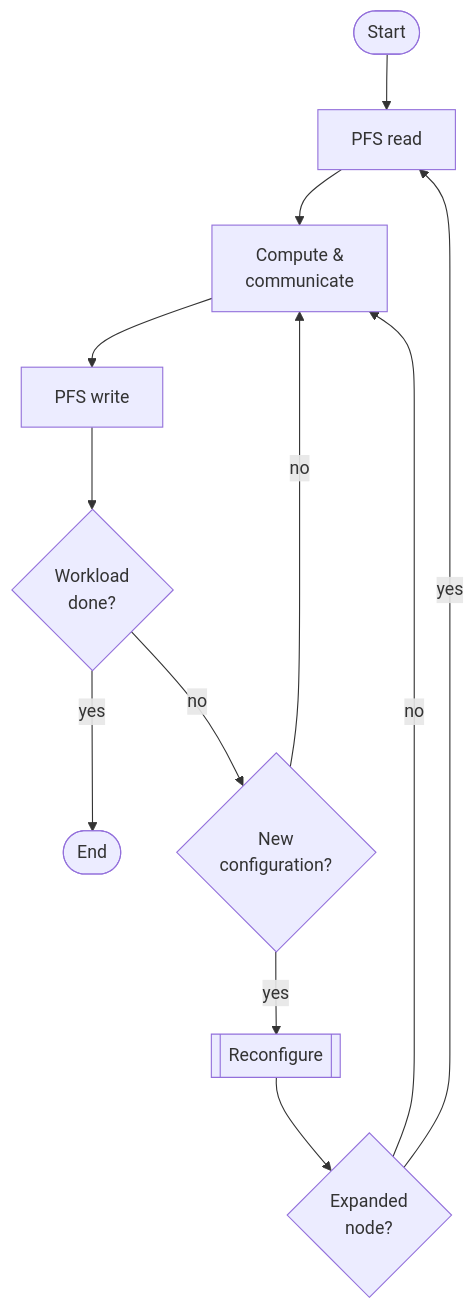
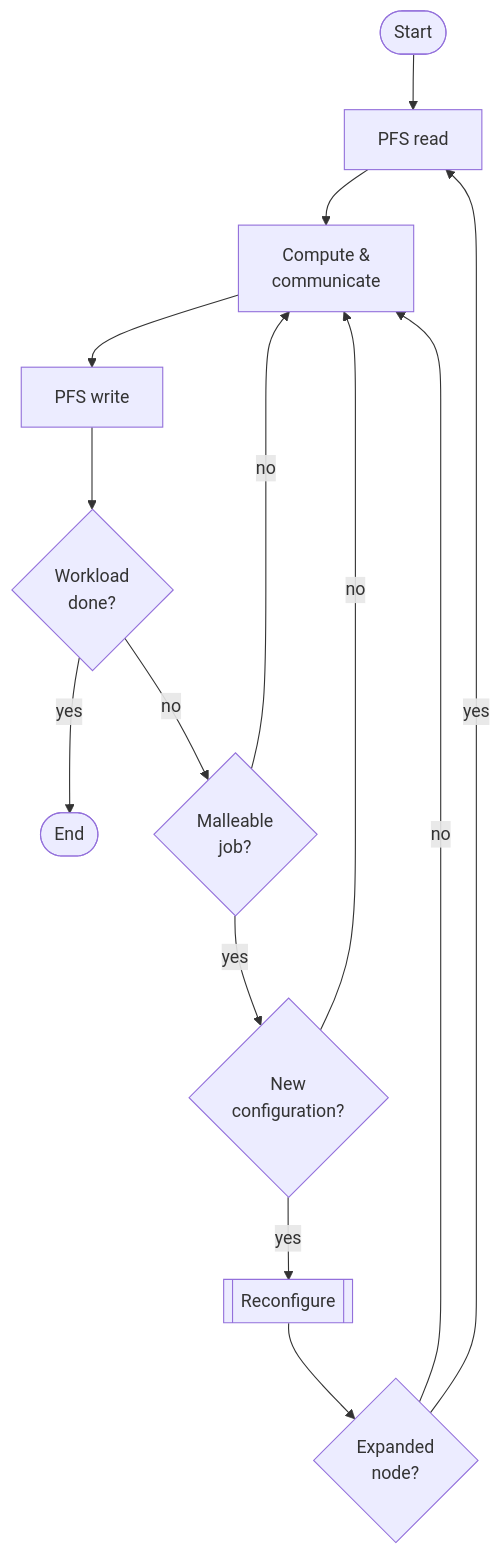
Before and after one commit to elastisim/elastisim.github.io: the diagram in get-started/quickstart.md, drawn with Mermaid. The commit also changed other lines of this file and 1 other file, not shown here.

Commit message:
Update application model flowchart

````diff
--- a/get-started/quickstart.md
+++ b/get-started/quickstart.md
@@ -53,15 +53,17 @@
 ```mermaid
 flowchart TD
     Start([Start])
     Start --> Read[PFS read]
     Read --> Compute[Compute &<br>communicate]
     Compute --> Write[PFS write]
     Write --> WD{Workload<br>done?}
-    WD -->|yes|Stop([End])
-    WD -->|no|NC{New<br>configuration?}
-    NC -->|no|Compute
-    NC -->|yes|Reconf[[Reconfigure]]
+    WD -->|yes| Stop([End])
+    WD -->|no| Mall{Malleable<br>job?}
+    Mall -->|yes| NC{New<br>configuration?}
+    Mall -->|no| Compute
+    NC -->|no| Compute
+    NC -->|yes| Reconf[[Reconfigure]]
     Reconf --> Expanded{Expanded<br>node?}
     Expanded -->|no|Compute
     Expanded -->|yes|Read
 ```
````
